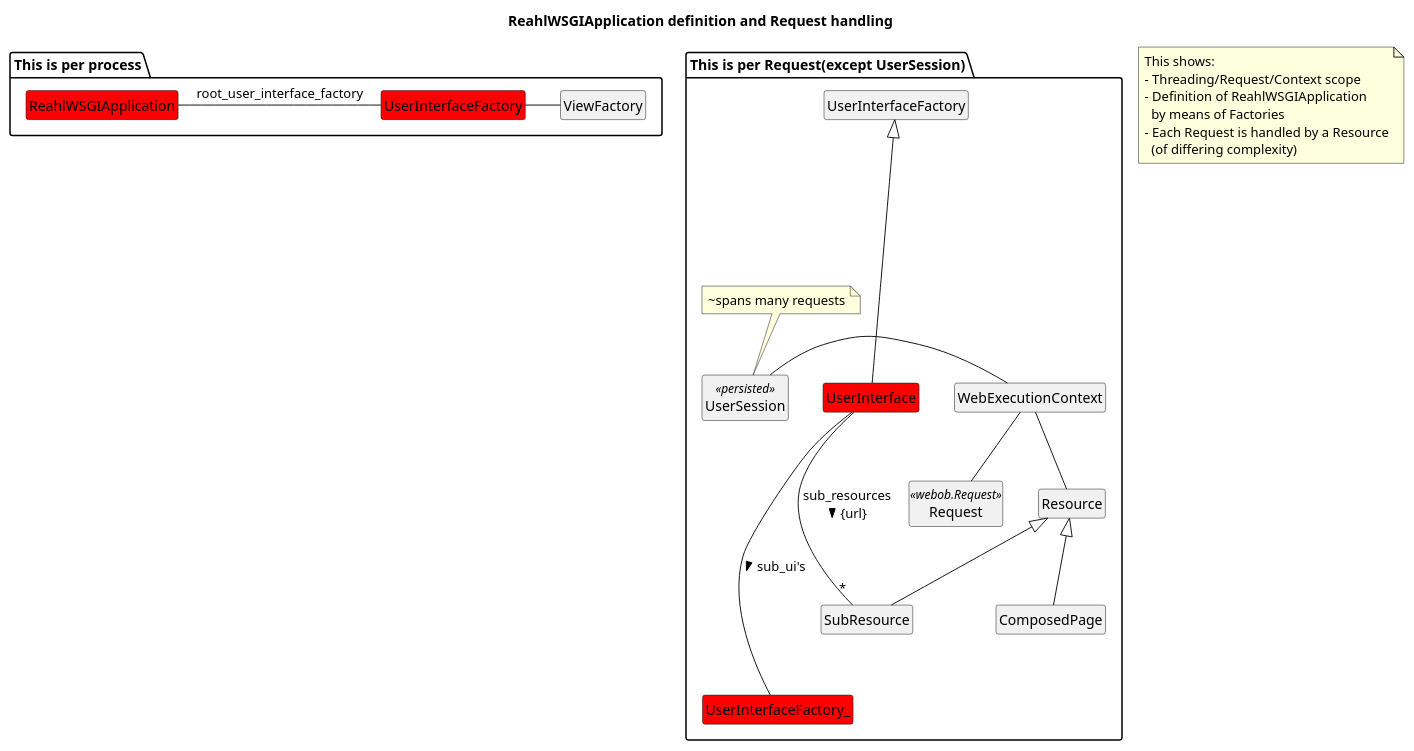
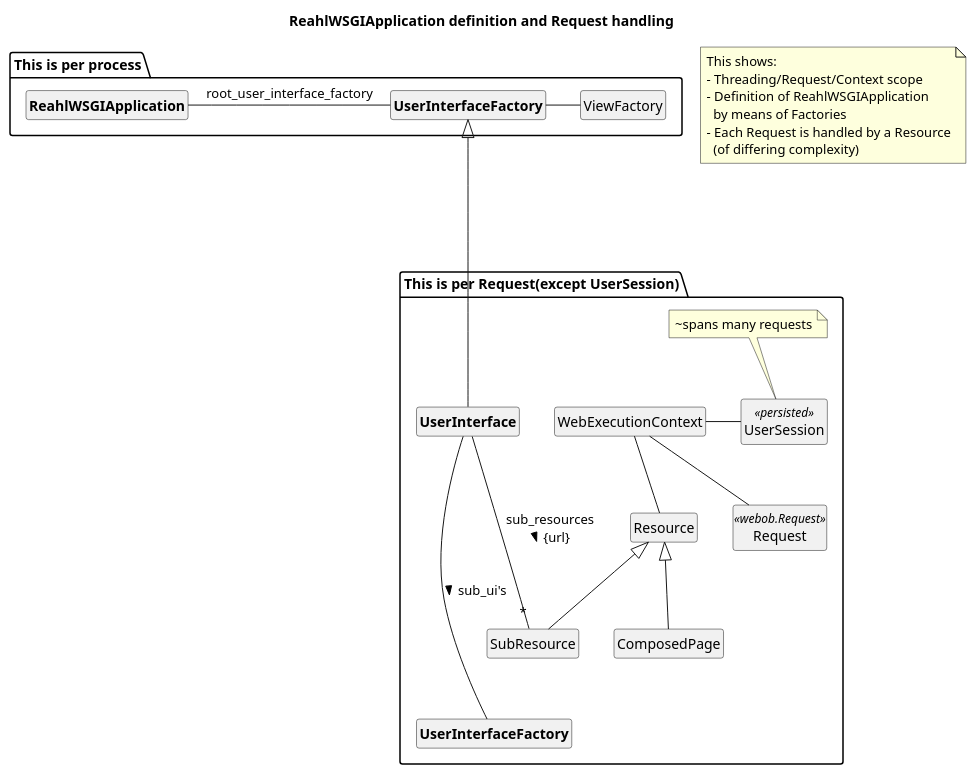
Before and after one commit to reahl/reahl: the diagram in reahl-web/reahl/web_dev/advanced/wsgi_app_and_request_handling.puml, drawn with PlantUML. The commit also changed 28 other files, not shown here.

```diff
--- a/reahl-web/reahl/web_dev/advanced/wsgi_app_and_request_handling.puml
+++ b/reahl-web/reahl/web_dev/advanced/wsgi_app_and_request_handling.puml
@@ -1,52 +1,52 @@
 @startuml
 
 
 title ReahlWSGIApplication definition and Request handling
 
 hide members
 hide circle
 
 note as N1
 This shows:
 - Threading/Request/Context scope
 - Definition of ReahlWSGIApplication
   by means of Factories
 - Each Request is handled by a Resource
   (of differing complexity)
 end note
 
 package "This is per process" {
 
-class ReahlWSGIApplication #red
-class UserInterfaceFactory  #red
+class "<b>ReahlWSGIApplication</b>" as ReahlWSGIApplication
+class "<b>UserInterfaceFactory</b>" as UserInterfaceFactory
+
 ReahlWSGIApplication -right- UserInterfaceFactory :  root_user_interface_factory
 UserInterfaceFactory -right- ViewFactory
 }
 
 package "This is per Request(except UserSession)" {
 
-class UserInterface #red
-class UserInterfaceFactory
-class UserInterfaceFactory_ #red
+class "<b>UserInterface</b>" as UserInterface
+class "<b>UserInterfaceFactory</b>" as UserInterfaceFactory_
 
 UserInterfaceFactory <|---- UserInterface
 UserInterfaceFactory_ -up--- UserInterface : < sub_ui's
 
 Resource <|-- ComposedPage
 Resource <|-- SubResource
 
 UserInterface -down-- "*" SubResource : sub_resources\n {url} >
 
 WebExecutionContext -down- Resource
 
 class Request <<webob.Request>>
 class UserSession <<persisted>>
 note top of UserSession : ~spans many requests
 
 UserSession -left- WebExecutionContext
 Request -up- WebExecutionContext
 
 }
 
 
 @enduml
```
